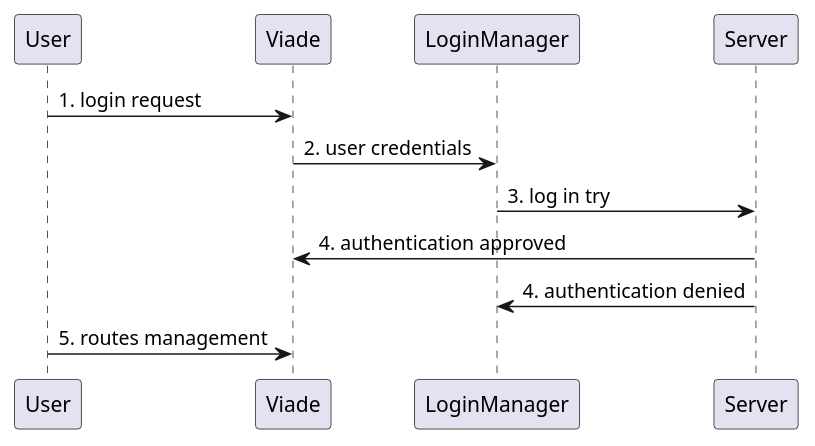
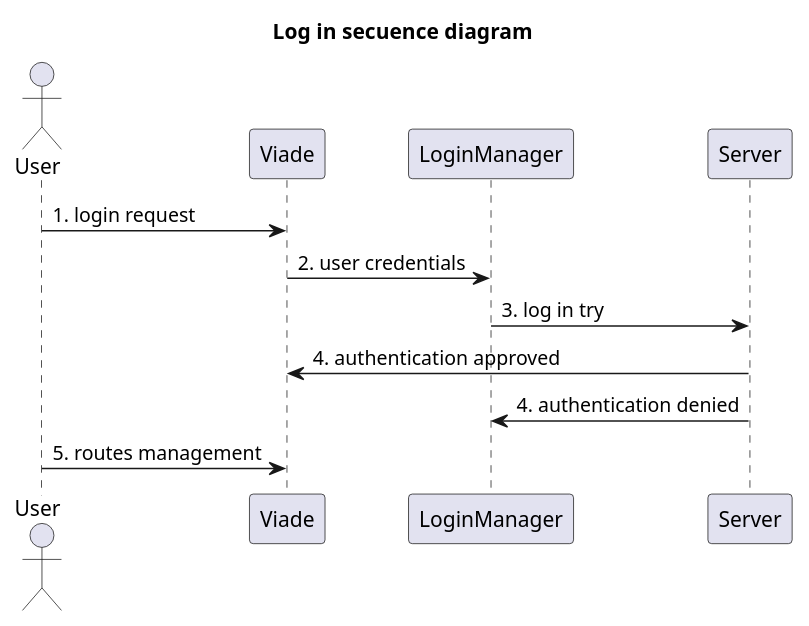
Before and after one commit to flecktarn121/viade_es2c: the first of 4 diagrams in src/docs/06_runtime_view.adoc, drawn with PlantUML. The commit also changed other lines of this file and 6 other files, not shown here.

```diff
--- a/src/docs/06_runtime_view.adoc
+++ b/src/docs/06_runtime_view.adoc
@@ -13,9 +13,11 @@
 [plantuml,"Log in secuence diagram",png]
 ----
+title Log in secuence diagram
+actor User
 User -> Viade: 1. login request
 Viade -> LoginManager: 2. user credentials
 LoginManager -> Server: 3. log in try
 Server -> Viade: 4. authentication approved
 Server -> LoginManager: 4. authentication denied
 User -> Viade: 5. routes management
 ----
```
